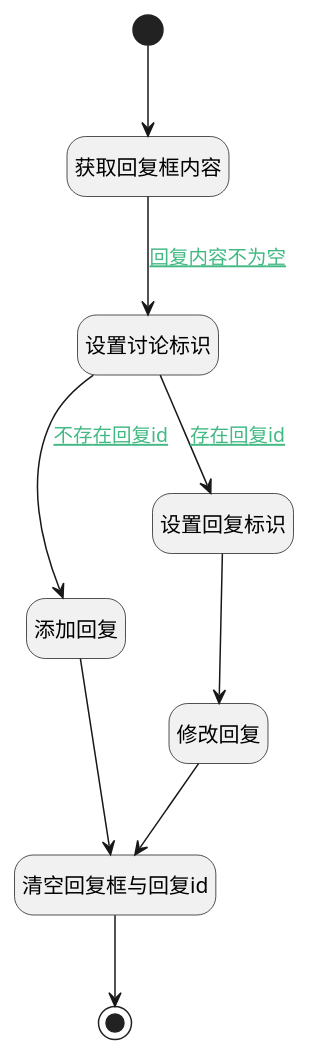
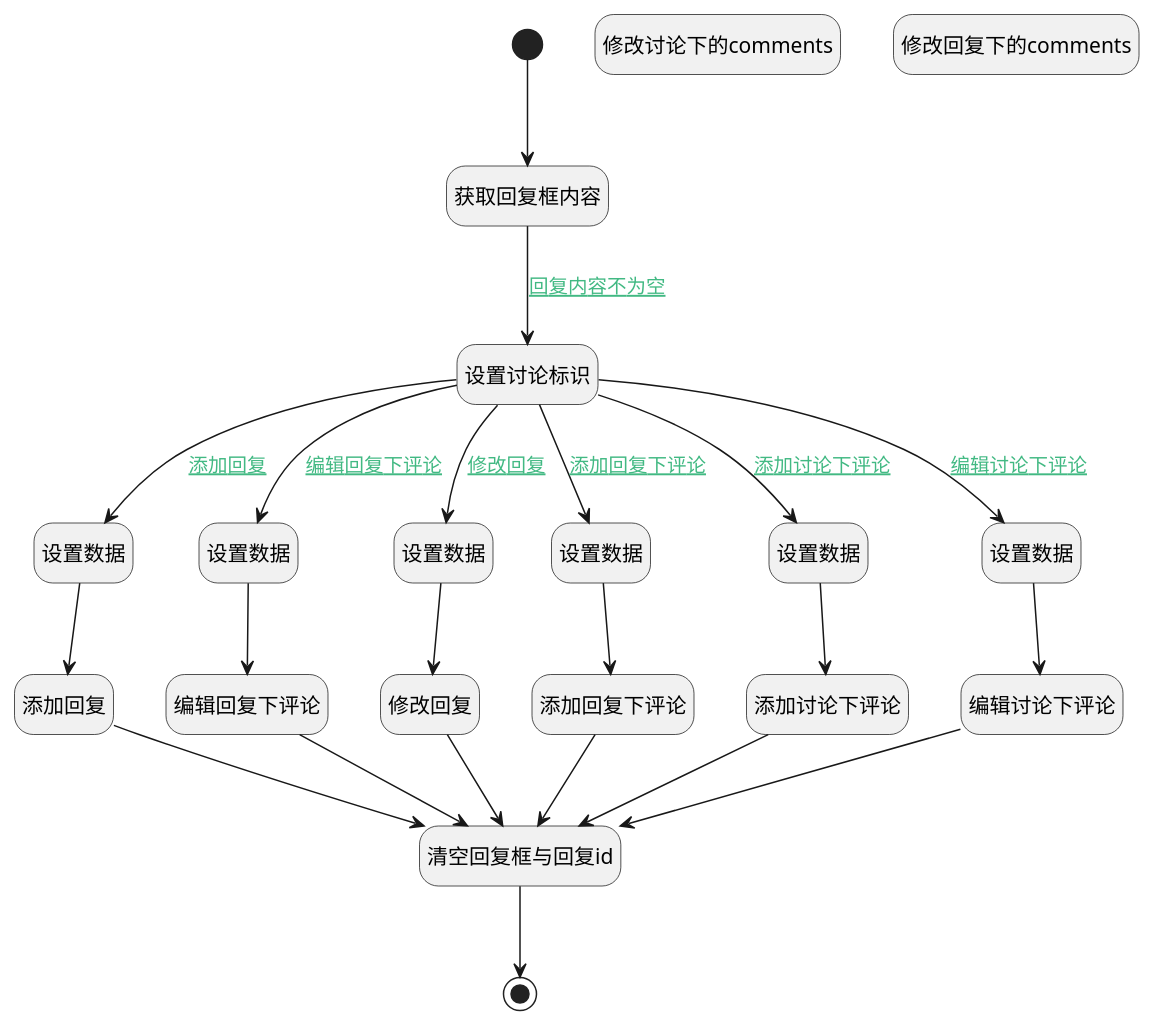
One commit to iBizLab/plm changed the diagram in doc/docsify/module/Team/discuss_post/uilogic/add_reply.md. Above: the diagram before and after it, drawn with PlantUML. The commit also changed other lines of this file and 1276 other files, not shown here.

````diff
--- a/doc/docsify/module/Team/discuss_post/uilogic/add_reply.md
+++ b/doc/docsify/module/Team/discuss_post/uilogic/add_reply.md
@@ -7,32 +7,56 @@
 ```plantuml
 @startuml
 hide footbox
 <style>
 root {
   HyperlinkColor #42b983
 }
 </style>
 
 hide empty description
 state "开始" as Begin <<start>> [[$./add_reply#begin {开始}]]
-state "清空回复框与回复id" as RAWJSCODE2  [[$./add_reply#rawjscode2 {清空回复框与回复id}]]
-state "获取回复框内容" as RAWJSCODE1  [[$./add_reply#rawjscode1 {获取回复框内容}]]
+state "添加讨论下评论" as DEACTION4  [[$./add_reply#deaction4 {添加讨论下评论}]]
 state "结束" as END1 <<end>> [[$./add_reply#end1 {结束}]]
+state "添加回复下评论" as DEACTION6  [[$./add_reply#deaction6 {添加回复下评论}]]
+state "编辑讨论下评论" as DEACTION5  [[$./add_reply#deaction5 {编辑讨论下评论}]]
+state "编辑回复下评论" as DEACTION7  [[$./add_reply#deaction7 {编辑回复下评论}]]
+state "设置数据" as PREPAREJSPARAM4  [[$./add_reply#preparejsparam4 {设置数据}]]
+state "设置数据" as PREPAREJSPARAM8  [[$./add_reply#preparejsparam8 {设置数据}]]
+state "修改讨论下的comments" as RAWJSCODE3  [[$./add_reply#rawjscode3 {修改讨论下的comments}]]
+state "设置数据" as PREPAREJSPARAM3  [[$./add_reply#preparejsparam3 {设置数据}]]
+state "设置数据" as PREPAREJSPARAM7  [[$./add_reply#preparejsparam7 {设置数据}]]
+state "设置数据" as PREPAREJSPARAM5  [[$./add_reply#preparejsparam5 {设置数据}]]
 state "添加回复" as DEACTION2  [[$./add_reply#deaction2 {添加回复}]]
-state "设置回复标识" as PREPAREJSPARAM3  [[$./add_reply#preparejsparam3 {设置回复标识}]]
 state "设置讨论标识" as PREPAREJSPARAM1  [[$./add_reply#preparejsparam1 {设置讨论标识}]]
 state "修改回复" as DEACTION3  [[$./add_reply#deaction3 {修改回复}]]
+state "获取回复框内容" as RAWJSCODE1  [[$./add_reply#rawjscode1 {获取回复框内容}]]
+state "设置数据" as PREPAREJSPARAM6  [[$./add_reply#preparejsparam6 {设置数据}]]
+state "清空回复框与回复id" as RAWJSCODE2  [[$./add_reply#rawjscode2 {清空回复框与回复id}]]
+state "修改回复下的comments" as RAWJSCODE4  [[$./add_reply#rawjscode4 {修改回复下的comments}]]
 
 
 Begin --> RAWJSCODE1
 RAWJSCODE1 --> PREPAREJSPARAM1 : [[$./add_reply#rawjscode1-preparejsparam1{回复内容不为空} 回复内容不为空]]
-PREPAREJSPARAM1 --> DEACTION2 : [[$./add_reply#preparejsparam1-deaction2{不存在回复id} 不存在回复id]]
+PREPAREJSPARAM1 --> PREPAREJSPARAM4 : [[$./add_reply#preparejsparam1-preparejsparam4{添加回复} 添加回复]]
+PREPAREJSPARAM4 --> DEACTION2
 DEACTION2 --> RAWJSCODE2
 RAWJSCODE2 --> END1
-PREPAREJSPARAM1 --> PREPAREJSPARAM3 : [[$./add_reply#preparejsparam1-preparejsparam3{存在回复id} 存在回复id]]
+PREPAREJSPARAM1 --> PREPAREJSPARAM3 : [[$./add_reply#preparejsparam1-preparejsparam3{修改回复} 修改回复]]
 PREPAREJSPARAM3 --> DEACTION3
 DEACTION3 --> RAWJSCODE2
+PREPAREJSPARAM1 --> PREPAREJSPARAM5 : [[$./add_reply#preparejsparam1-preparejsparam5{添加讨论下评论} 添加讨论下评论]]
+PREPAREJSPARAM5 --> DEACTION4
+DEACTION4 --> RAWJSCODE2
+PREPAREJSPARAM1 --> PREPAREJSPARAM6 : [[$./add_reply#preparejsparam1-preparejsparam6{编辑讨论下评论} 编辑讨论下评论]]
+PREPAREJSPARAM6 --> DEACTION5
+DEACTION5 --> RAWJSCODE2
+PREPAREJSPARAM1 --> PREPAREJSPARAM7 : [[$./add_reply#preparejsparam1-preparejsparam7{添加回复下评论} 添加回复下评论]]
+PREPAREJSPARAM7 --> DEACTION6
+DEACTION6 --> RAWJSCODE2
+PREPAREJSPARAM1 --> PREPAREJSPARAM8 : [[$./add_reply#preparejsparam1-preparejsparam8{编辑回复下评论} 编辑回复下评论]]
+PREPAREJSPARAM8 --> DEACTION7
+DEACTION7 --> RAWJSCODE2
 
 
 @enduml
 ```
````
